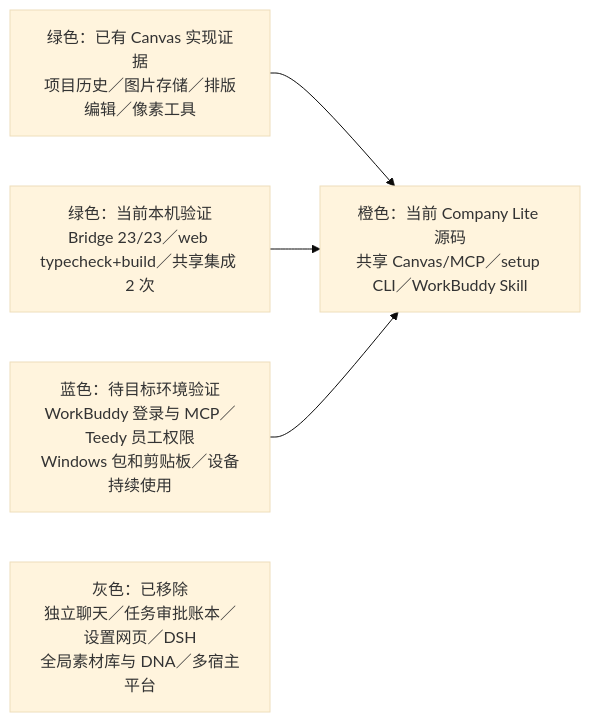
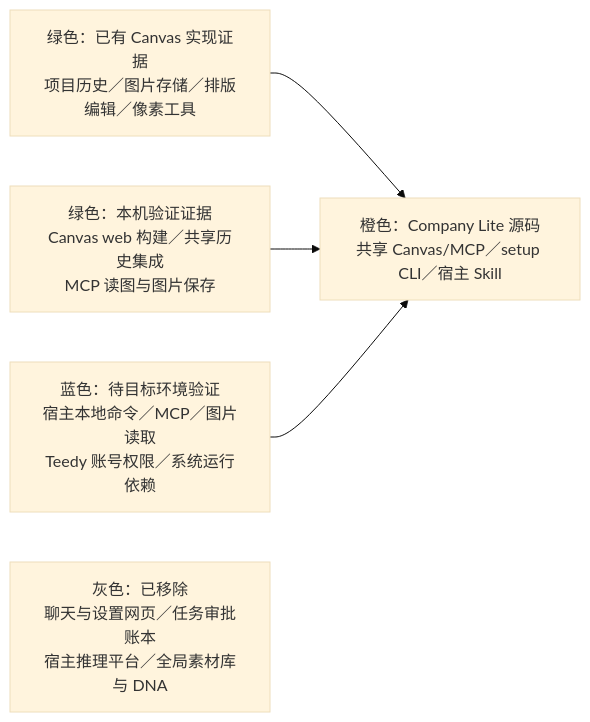
One commit to akechi0819-lgtm/creative-Agent-studio changed the diagram in 开发与施工计划.md. Above: the diagram before and after it, drawn with Mermaid (base theme). The commit also changed other lines of this file and 10 other files, not shown here.

````diff
--- a/开发与施工计划.md
+++ b/开发与施工计划.md
@@ -15,7 +16,7 @@
 ```mermaid
 flowchart LR
-  HISTORY["绿色：已有 Canvas 实现证据<br/>项目历史／图片存储／排版编辑／像素工具"] --> CURRENT["橙色：当前 Company Lite 源码<br/>共享 Canvas/MCP／setup CLI／WorkBuddy Skill"]
-  LOCAL["绿色：当前本机验证<br/>Bridge 23/23／web typecheck+build／共享集成 2 次"] --> CURRENT
-  DEVICE["蓝色：待目标环境验证<br/>WorkBuddy 登录与 MCP／Teedy 员工权限<br/>Windows 包和剪贴板／设备持续使用"] --> CURRENT
-  REMOVE["灰色：已移除<br/>独立聊天／任务审批账本／设置网页／DSH<br/>全局素材库与 DNA／多宿主平台"]
+  HISTORY["绿色：已有 Canvas 实现证据<br/>项目历史／图片存储／排版编辑／像素工具"] --> CURRENT["橙色：Company Lite 源码<br/>共享 Canvas/MCP／setup CLI／宿主 Skill"]
+  LOCAL["绿色：本机验证证据<br/>Canvas web 构建／共享历史集成<br/>MCP 读图与图片保存"] --> CURRENT
+  DEVICE["蓝色：待目标环境验证<br/>宿主本地命令／MCP／图片读取<br/>Teedy 账号权限／系统运行依赖"] --> CURRENT
+  REMOVE["灰色：已移除<br/>聊天与设置网页／任务审批账本<br/>宿主推理平台／全局素材库与 DNA"]
 ```
````
